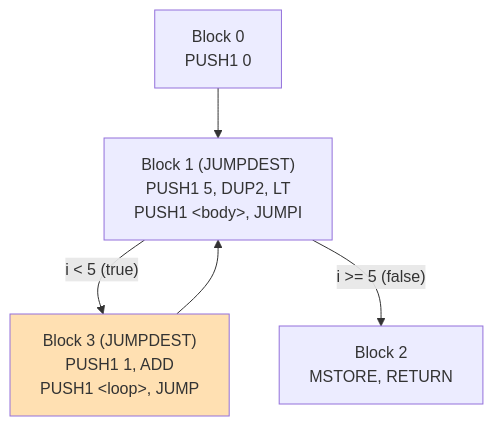
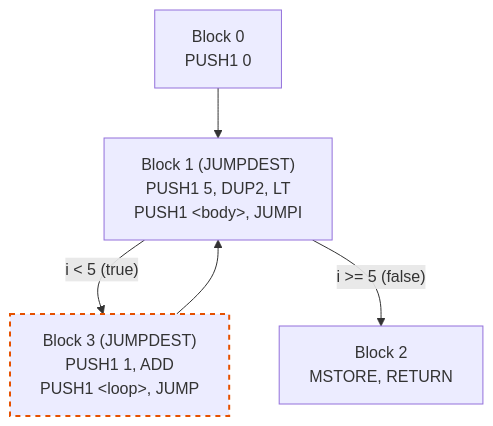
One commit to jonaprieto/toyevm changed the diagram in book/src/day6/01_cfg.md. Above: the diagram before and after it, drawn with Mermaid. The commit also changed other lines of this file and 23 other files, not shown here.

````diff
--- a/book/src/day6/01_cfg.md
+++ b/book/src/day6/01_cfg.md
@@ -59,14 +59,14 @@
 ```mermaid
 graph TD
     B0["Block 0<br/>PUSH1 0"]
     B1["Block 1 (JUMPDEST)<br/>PUSH1 5, DUP2, LT<br/>PUSH1 &lt;body&gt;, JUMPI"]
     B2["Block 2<br/>MSTORE, RETURN"]
     B3["Block 3 (JUMPDEST)<br/>PUSH1 1, ADD<br/>PUSH1 &lt;loop&gt;, JUMP"]
 
     B0 --> B1
     B1 -- "i < 5 (true)" --> B3
     B1 -- "i >= 5 (false)" --> B2
     B3 --> B1
 
-    style B3 fill:#ffe0b2
+    style B3 stroke:#e65100,stroke-width:2px,stroke-dasharray: 5 5
 ```
````
